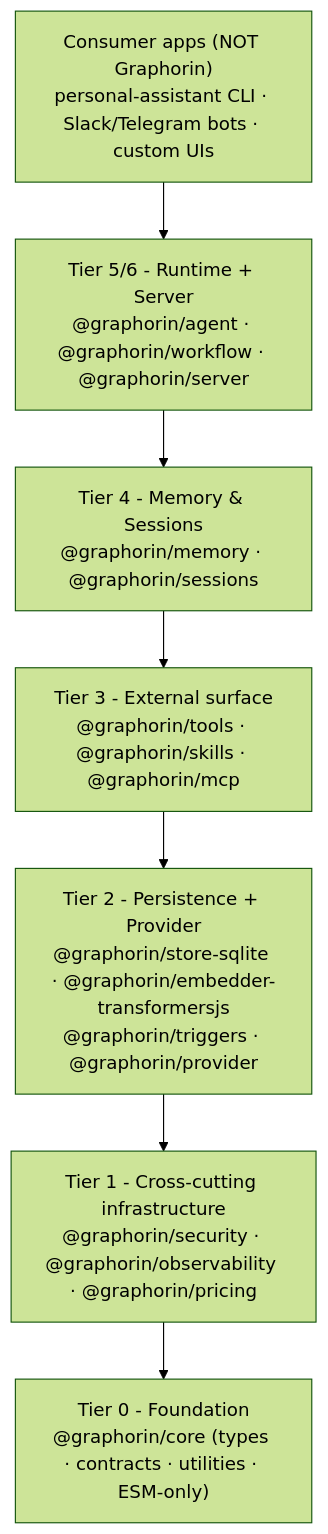
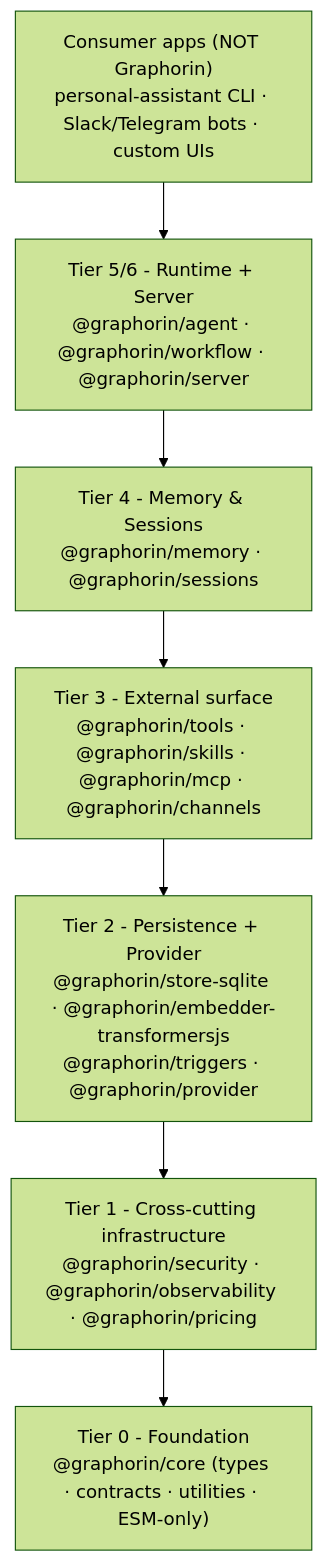
Before and after one commit to o-stepper/graphorin: the first of 3 diagrams in documentation/guide/architecture.md, drawn with Mermaid (forest theme). The commit also changed other lines of this file and 407 other files, not shown here.

````diff
--- a/documentation/guide/architecture.md
+++ b/documentation/guide/architecture.md
@@ -12,17 +12,17 @@
 ```mermaid
 flowchart TB
     consumer["Consumer apps (NOT Graphorin)\npersonal-assistant CLI · Slack/Telegram bots · custom UIs"]
     runtime["Tier 5/6 - Runtime + Server\n@graphorin/agent · @graphorin/workflow · @graphorin/server"]
     memory["Tier 4 - Memory & Sessions\n@graphorin/memory · @graphorin/sessions"]
-    surface["Tier 3 - External surface\n@graphorin/tools · @graphorin/skills · @graphorin/mcp"]
+    surface["Tier 3 - External surface\n@graphorin/tools · @graphorin/skills · @graphorin/mcp · @graphorin/channels"]
     persistProv["Tier 2 - Persistence + Provider\n@graphorin/store-sqlite · @graphorin/embedder-transformersjs\n@graphorin/triggers · @graphorin/provider"]
     crosscut["Tier 1 - Cross-cutting infrastructure\n@graphorin/security · @graphorin/observability · @graphorin/pricing"]
     foundation["Tier 0 - Foundation\n@graphorin/core (types · contracts · utilities · ESM-only)"]
 
     consumer --> runtime
     runtime --> memory
     memory --> surface
     surface --> persistProv
     persistProv --> crosscut
     crosscut --> foundation
 ```
````
